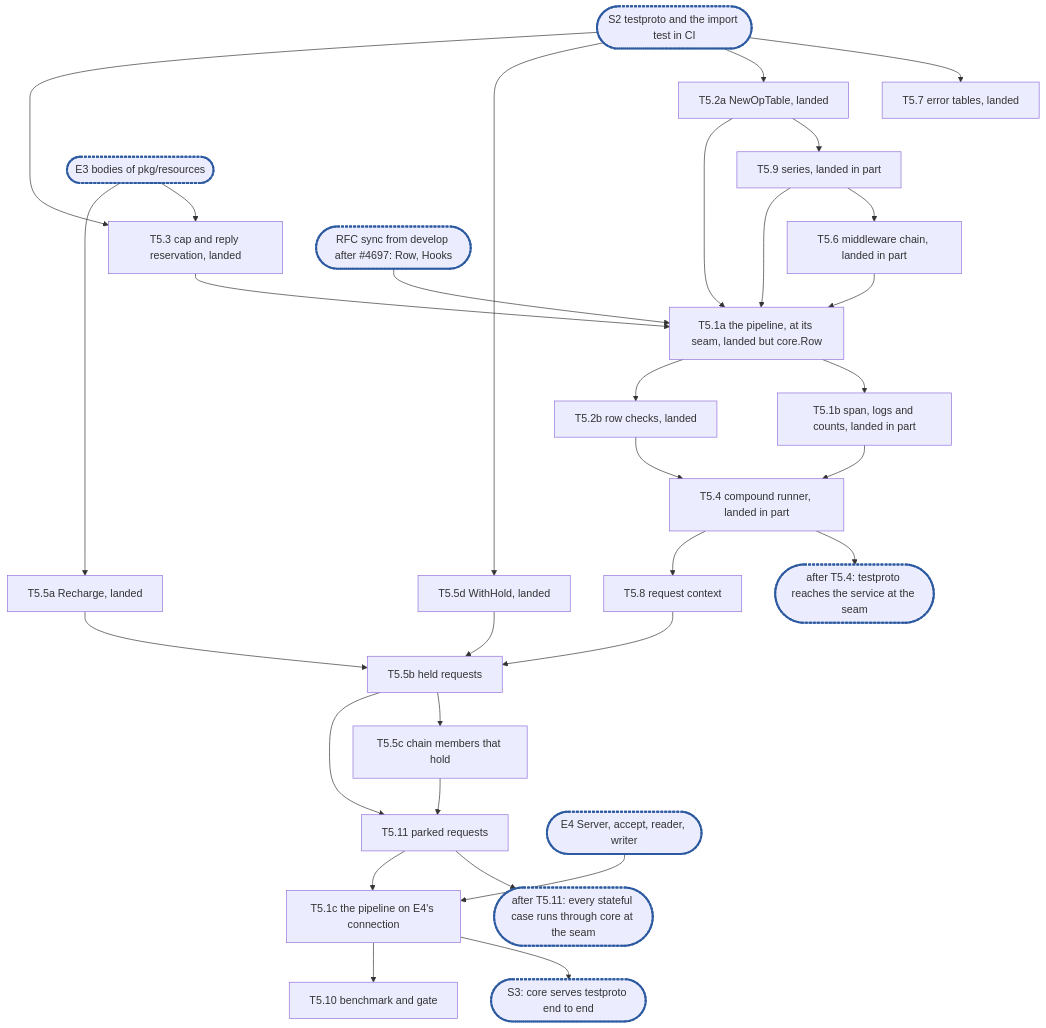
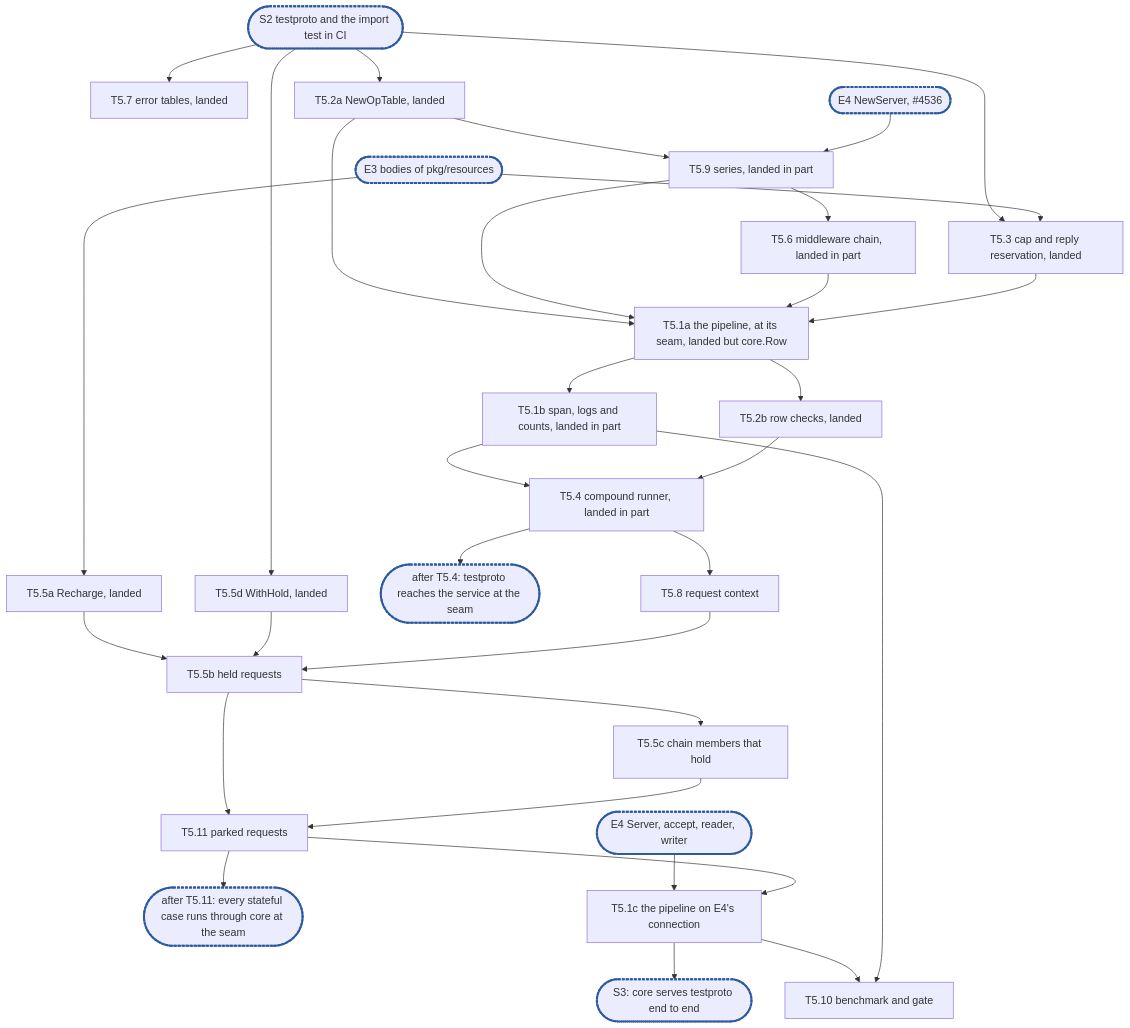
The diagram in docs/internals/planning/rfc-20-adapters-epic5.md (cubbit/dittofs), drawn with Mermaid before and after one commit. The commit also changed other lines of this file and 1 other file, not shown here.

First line of the commit message:
docs(planning): epic 5's core.Row waits for no sync, T5.9 runs inside E4's NewServer

````diff
--- a/docs/internals/planning/rfc-20-adapters-epic5.md
+++ b/docs/internals/planning/rfc-20-adapters-epic5.md
@@ -2388,34 +2388,35 @@
 ```mermaid
 flowchart TD
   S2(["S2 testproto and the import test in CI"]):::sync --> T5_7["T5.7 error tables, landed"]
   S2 --> T5_2a["T5.2a NewOpTable, landed"]
   T5_2a --> T5_9["T5.9 series, landed in part"]
+  E4N(["E4 NewServer, #4536"]):::sync --> T5_9
   T5_9 --> T5_6["T5.6 middleware chain, landed in part"]
   S2 --> T5_5d["T5.5d WithHold, landed"]
   S2 --> T5_3["T5.3 cap and reply reservation, landed"]
   E3(["E3 bodies of pkg/resources"]):::sync --> T5_3
   E3 --> T5_5a["T5.5a Recharge, landed"]
   T5_2a --> T5_1a["T5.1a the pipeline, at its seam, landed but core.Row"]
   T5_9 --> T5_1a
   T5_6 --> T5_1a
   T5_3 --> T5_1a
-  SYNC(["RFC sync from develop after #4697: Row, Hooks"]):::sync --> T5_1a
   T5_1a --> T5_1b["T5.1b span, logs and counts, landed in part"]
   T5_1a --> T5_2b["T5.2b row checks, landed"]
   T5_1b --> T5_4["T5.4 compound runner, landed in part"]
   T5_2b --> T5_4
   T5_4 --> C1(["after T5.4: testproto reaches the service at the seam"]):::sync
   T5_4 --> T5_8["T5.8 request context"]
   T5_5a --> T5_5b["T5.5b held requests"]
   T5_5d --> T5_5b
   T5_8 --> T5_5b
   T5_5b --> T5_5c["T5.5c chain members that hold"]
   T5_5b --> T5_11["T5.11 parked requests"]
   T5_5c --> T5_11
   T5_11 --> C2(["after T5.11: every stateful case runs through core at the seam"]):::sync
   E4(["E4 Server, accept, reader, writer"]):::sync --> T5_1c["T5.1c the pipeline on E4's connection"]
   T5_11 --> T5_1c
   T5_1c --> C3(["S3: core serves testproto end to end"]):::sync
   T5_1c --> T5_10["T5.10 benchmark and gate"]
+  T5_1b --> T5_10
   classDef sync stroke:#2c5aa0,stroke-width:3px,stroke-dasharray:4 2
 ```
````
